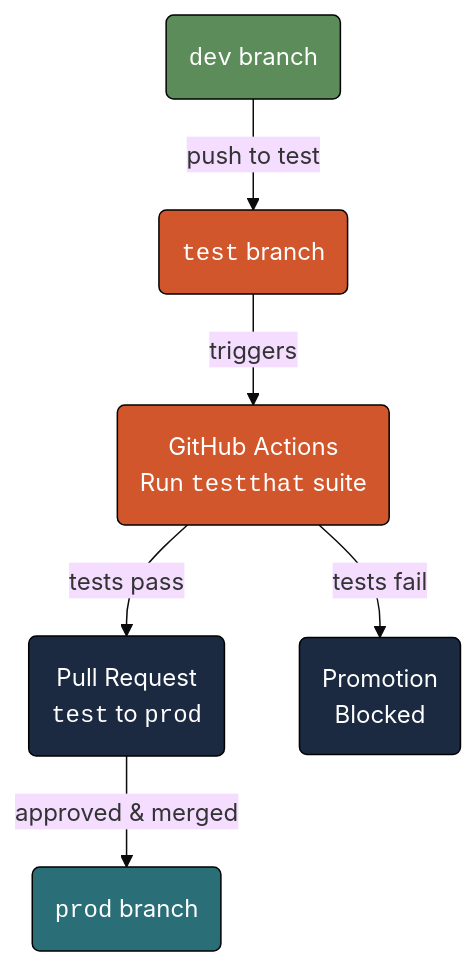
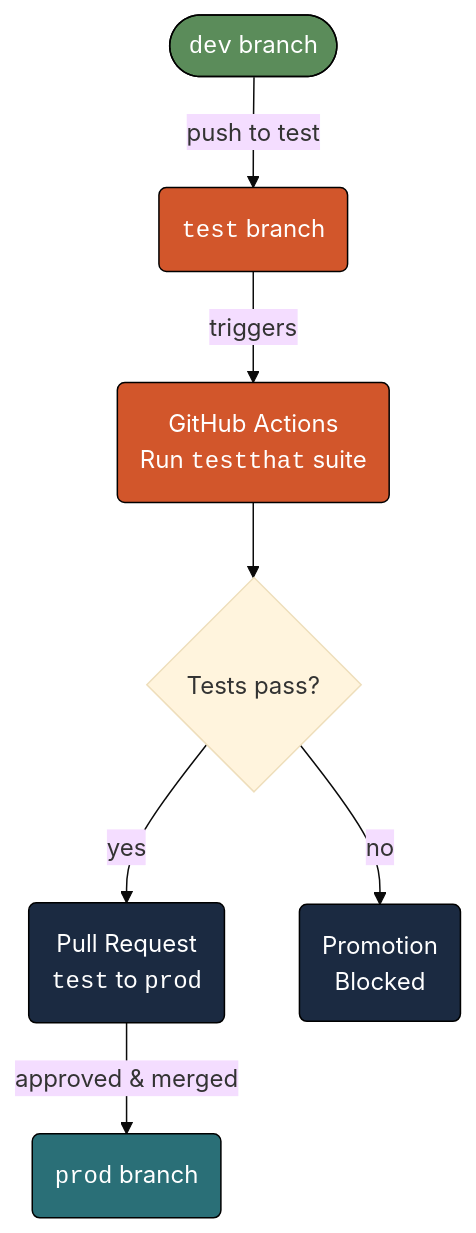
One commit to mjfrigaard/do4ds-labs changed the third of 3 diagrams in publish-r-py.qmd. Above: the diagram before and after it, drawn with Mermaid. The commit also changed other lines of this file and 69 other files, not shown here.

Commit message:
style review fixes; mermaid look; lab07 model scripts and workflow deps

````diff
--- a/publish-r-py.qmd
+++ b/publish-r-py.qmd
@@ -296,18 +301,19 @@
 ```{mermaid}
 %%| fig-cap: 'Running R tests'
 %%| fig-width: 7.0
 %%| fig-align: 'center'
-%%{init: {'theme': 'base', 'themeVariables': {'fontFamily': 'monospace'}}}%%
+%%{init: {'theme': 'base', 'look': 'classic', 'themeVariables': {'fontFamily': 'monospace'}}}%%
 flowchart TD
-    DevBr("<code>dev</code> branch") -->|"push to test"| TestBr("<code>test</code> branch")
+    DevBr(["<code>dev</code> branch"]) -->|"push to test"| TestBr("<code>test</code> branch")
     TestBr -->|"triggers"| GHA("GitHub Actions<br>Run <code>testthat</code> suite")
-    GHA -->|"tests pass"| PR("Pull Request<br><code>test</code> to <code>prod</code>")
-    GHA -->|"tests fail"| Block("Promotion<br>Blocked")
+    GHA --> Pass{"Tests pass?"}
+    Pass -->|"yes"| PR("Pull Request<br><code>test</code> to <code>prod</code>")
+    Pass -->|"no"| Block("Promotion<br>Blocked")
     PR -->|"approved & merged"| ProdBr("<code>prod</code> branch")
     style DevBr fill:#5B8C5A,stroke:#000000,stroke-width:1px,color:#ffffff
     style TestBr fill:#D2562B,stroke:#000000,stroke-width:1px,color:#ffffff
     style GHA fill:#D2562B,stroke:#000000,stroke-width:1px,color:#ffffff
     style PR fill:#1B2A41,stroke:#000000,stroke-width:1px,color:#ffffff
     style Block fill:#1B2A41,stroke:#000000,stroke-width:1px,color:#ffffff
     style ProdBr fill:#2A6F77,stroke:#000000,stroke-width:1px,color:#ffffff
 ```
````
